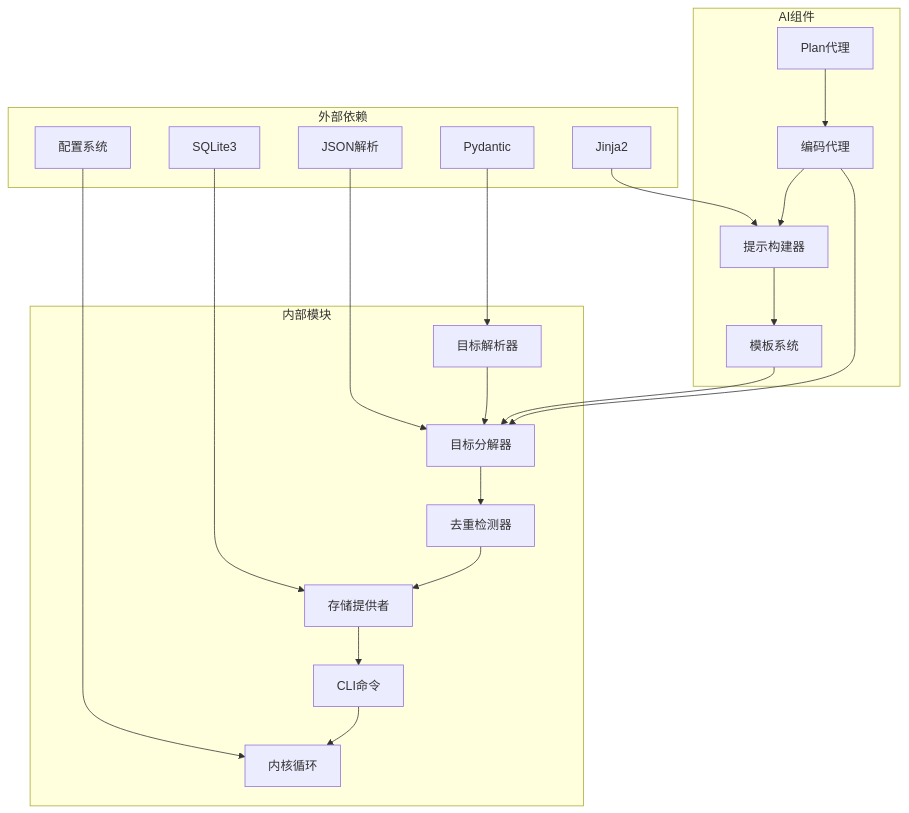
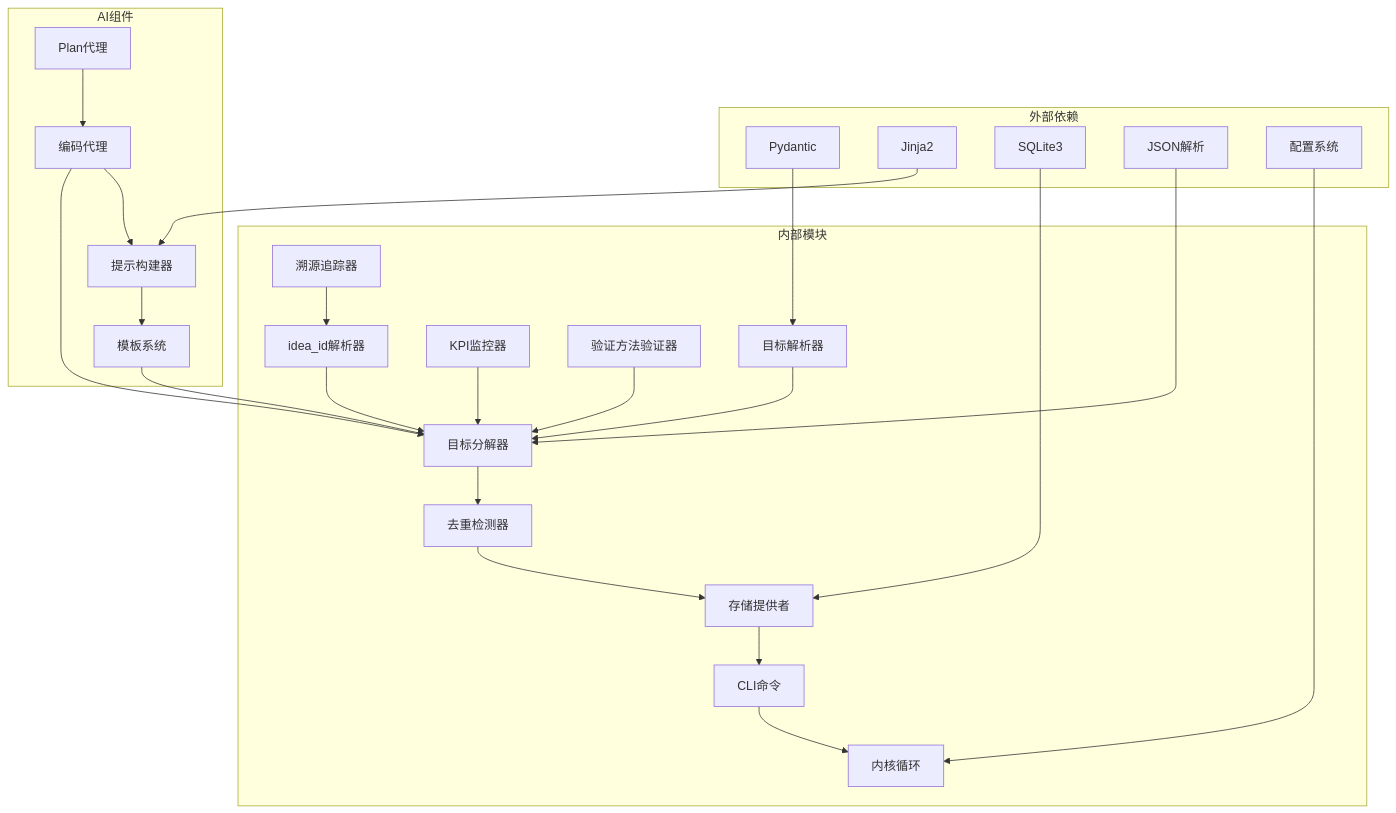
One commit to pinsonchen/vivify changed diagram 13 of 13 in .qoder/repowiki/zh/content/技术实现参考/自动目标分解功能.md. Above: the diagram before and after it, drawn with Mermaid. The commit also changed other lines of this file and 16 other files, not shown here.

````diff
--- a/.qoder/repowiki/zh/content/技术实现参考/自动目标分解功能.md
+++ b/.qoder/repowiki/zh/content/技术实现参考/自动目标分解功能.md
@@ -364,39 +716,47 @@
 ```mermaid
 graph TB
 subgraph "外部依赖"
 A[Pydantic]
 B[Jinja2]
 C[SQLite3]
 D[JSON解析]
 E[配置系统]
 end
 subgraph "内部模块"
 F[目标解析器]
 G[目标分解器]
 H[去重检测器]
 I[存储提供者]
 J[CLI命令]
 K[内核循环]
+L[KPI监控器]
+M[验证方法验证器]
+N[idea_id解析器]
+O[溯源追踪器]
 end
 subgraph "AI组件"
-L[编码代理]
-M[提示构建器]
-N[模板系统]
-O[Plan代理]
+P[编码代理]
+Q[提示构建器]
+R[模板系统]
+S[Plan代理]
 end
 A --> F
-B --> M
+B --> Q
 C --> I
 D --> G
 E --> K
 F --> G
 G --> H
 H --> I
 I --> J
 J --> K
-L --> M
-M --> N
+P --> Q
+Q --> R
+R --> G
+S --> P
+P --> G
+L --> G
+M --> G
 N --> G
-O --> L
-L --> G
+O --> N
 ```
````
